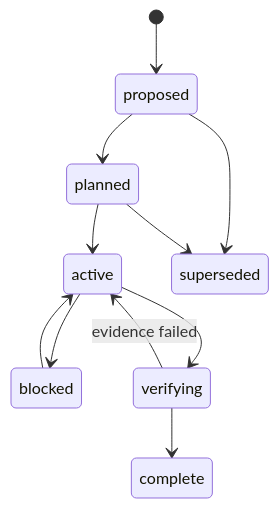
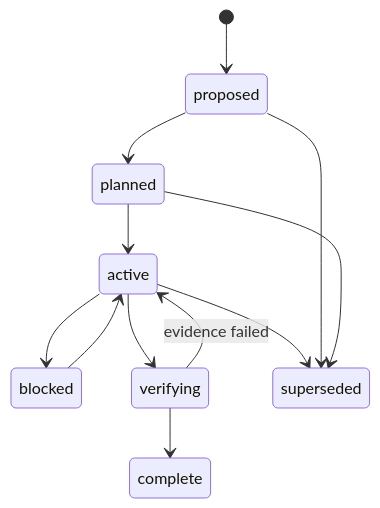
One commit to hvritual/goclaw-team-runtime changed the diagram in docs/waves/README.md. Above: the diagram before and after it, drawn with Mermaid. The commit also changed other lines of this file and 7 other files, not shown here.

````diff
--- a/docs/waves/README.md
+++ b/docs/waves/README.md
@@ -35,13 +35,14 @@
 ```mermaid
 stateDiagram-v2
     [*] --> proposed
     proposed --> planned
     planned --> active
     active --> blocked
     blocked --> active
     active --> verifying
     verifying --> active: evidence failed
     verifying --> complete
+    active --> superseded
     proposed --> superseded
     planned --> superseded
 ```
````
